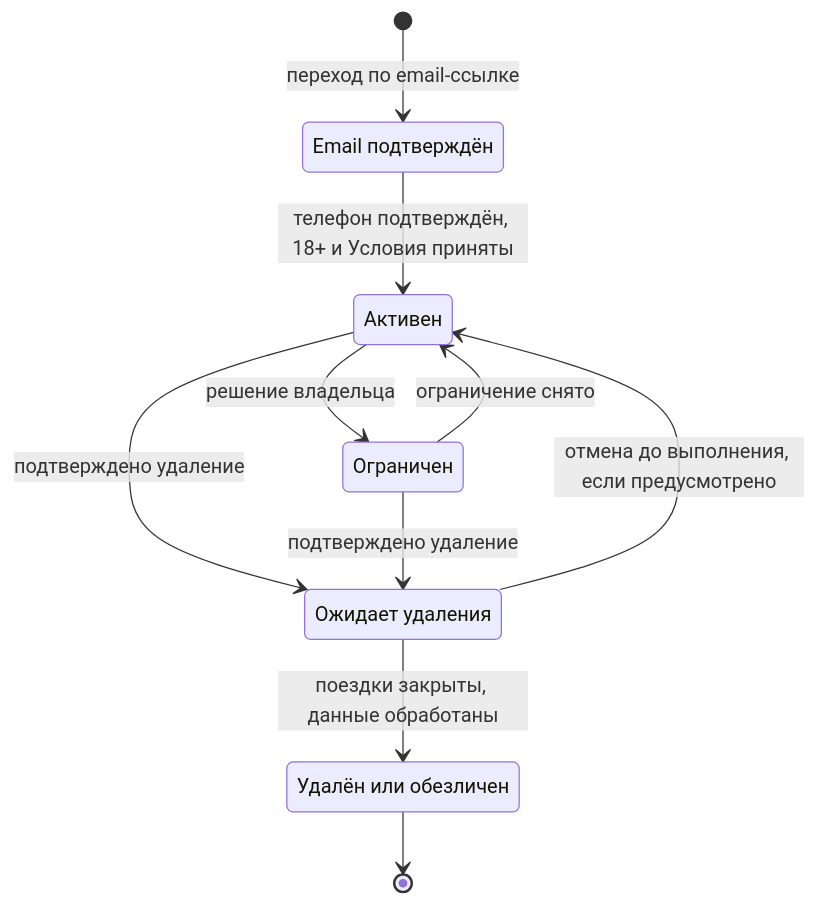
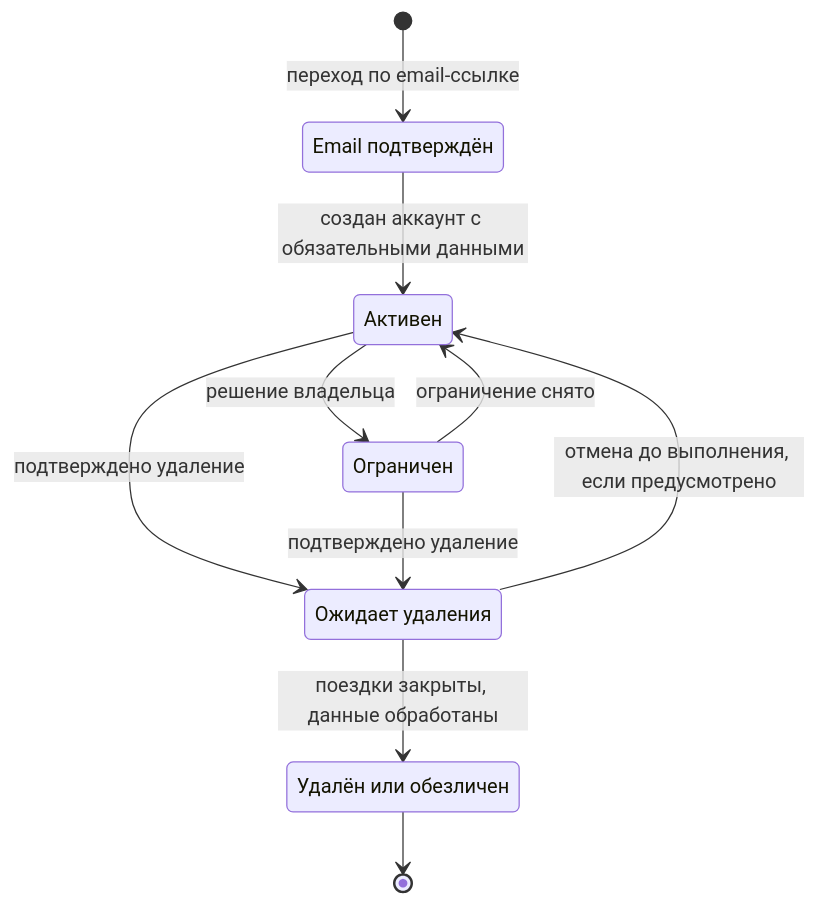
Diagram 14 of 15 in docs/ORTHODOX_ROUTES_INFORMATION_ARCHITECTURE_V2.md (Agafanail/orthodox-routes), drawn with Mermaid before and after one commit. The commit also changed other lines of this file and 10 other files, not shown here.

````diff
--- a/docs/ORTHODOX_ROUTES_INFORMATION_ARCHITECTURE_V2.md
+++ b/docs/ORTHODOX_ROUTES_INFORMATION_ARCHITECTURE_V2.md
@@ -3229,18 +3229,18 @@
 ```mermaid
 stateDiagram-v2
     state "Email подтверждён" as EmailVerified
     state "Активен" as Active
     state "Ограничен" as Restricted
     state "Ожидает удаления" as Deleting
     state "Удалён или обезличен" as Deleted
 
     [*] --> EmailVerified: переход по email-ссылке
-    EmailVerified --> Active: телефон подтверждён, 18+ и Условия приняты
+    EmailVerified --> Active: создан аккаунт с обязательными данными
     Active --> Restricted: решение владельца
     Restricted --> Active: ограничение снято
     Active --> Deleting: подтверждено удаление
     Restricted --> Deleting: подтверждено удаление
     Deleting --> Active: отмена до выполнения, если предусмотрено
     Deleting --> Deleted: поездки закрыты, данные обработаны
     Deleted --> [*]
 ```
````
